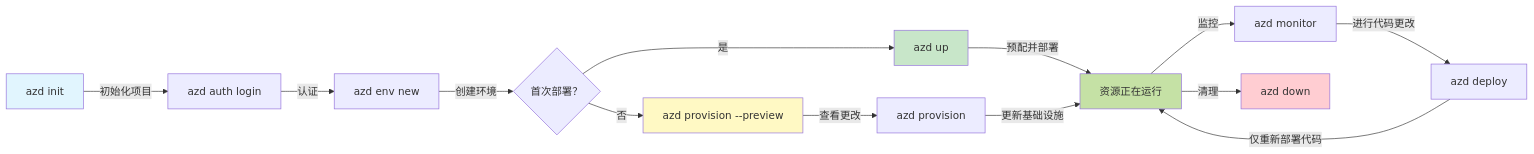
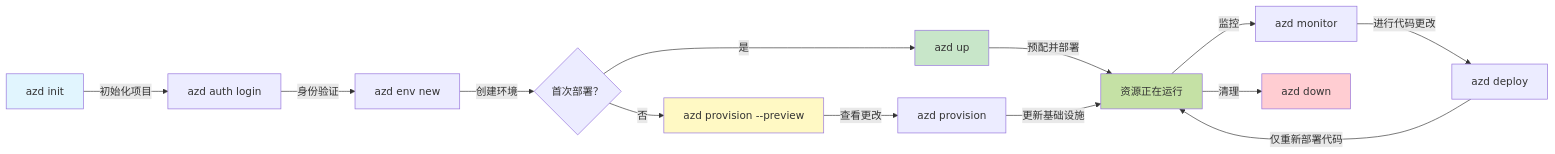
One commit to microsoft/AZD-for-beginners changed the first of 2 diagrams in translations/zh-CN/docs/chapter-01-foundation/azd-basics.md. Above: the diagram before and after it, drawn with Mermaid. The commit also changed other lines of this file and 104 other files, not shown here.

````diff
--- a/translations/zh-CN/docs/chapter-01-foundation/azd-basics.md
+++ b/translations/zh-CN/docs/chapter-01-foundation/azd-basics.md
@@ -269,21 +269,21 @@
 ```mermaid
 graph LR
     A[azd init] -->|初始化项目| B[azd auth login]
-    B -->|认证| C[azd env new]
+    B -->|身份验证| C[azd env new]
     C -->|创建环境| D{首次部署？}
     D -->|是| E[azd up]
     D -->|否| F[azd provision --preview]
     F -->|查看更改| G[azd provision]
     E -->|预配并部署| H[资源正在运行]
     G -->|更新基础设施| H
     H -->|监控| I[azd monitor]
     I -->|进行代码更改| J[azd deploy]
     J -->|仅重新部署代码| H
     H -->|清理| K[azd down]
     
     style A fill:#e1f5fe
     style E fill:#c8e6c9
     style F fill:#fff9c4
     style H fill:#c5e1a5
     style K fill:#ffcdd2
 ```
````
